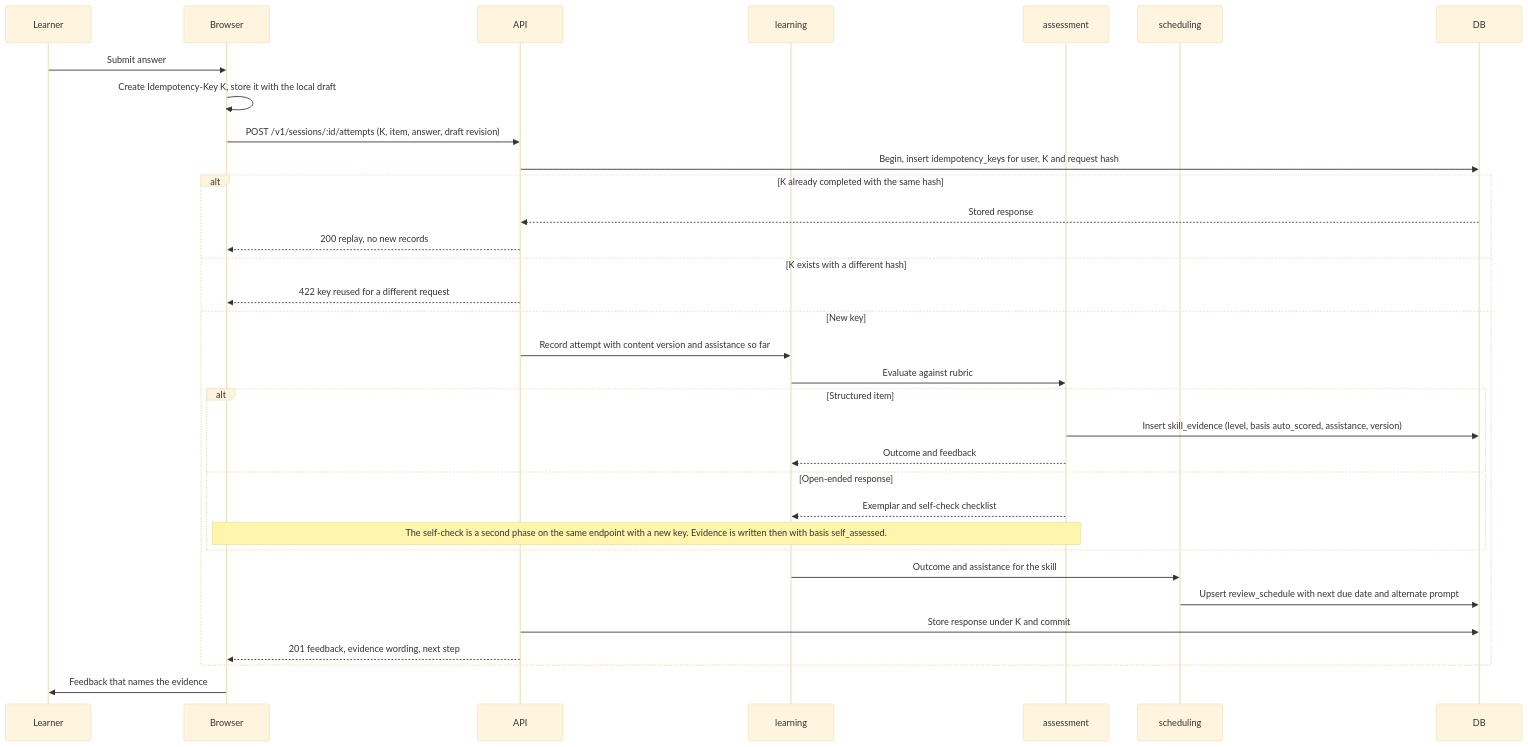
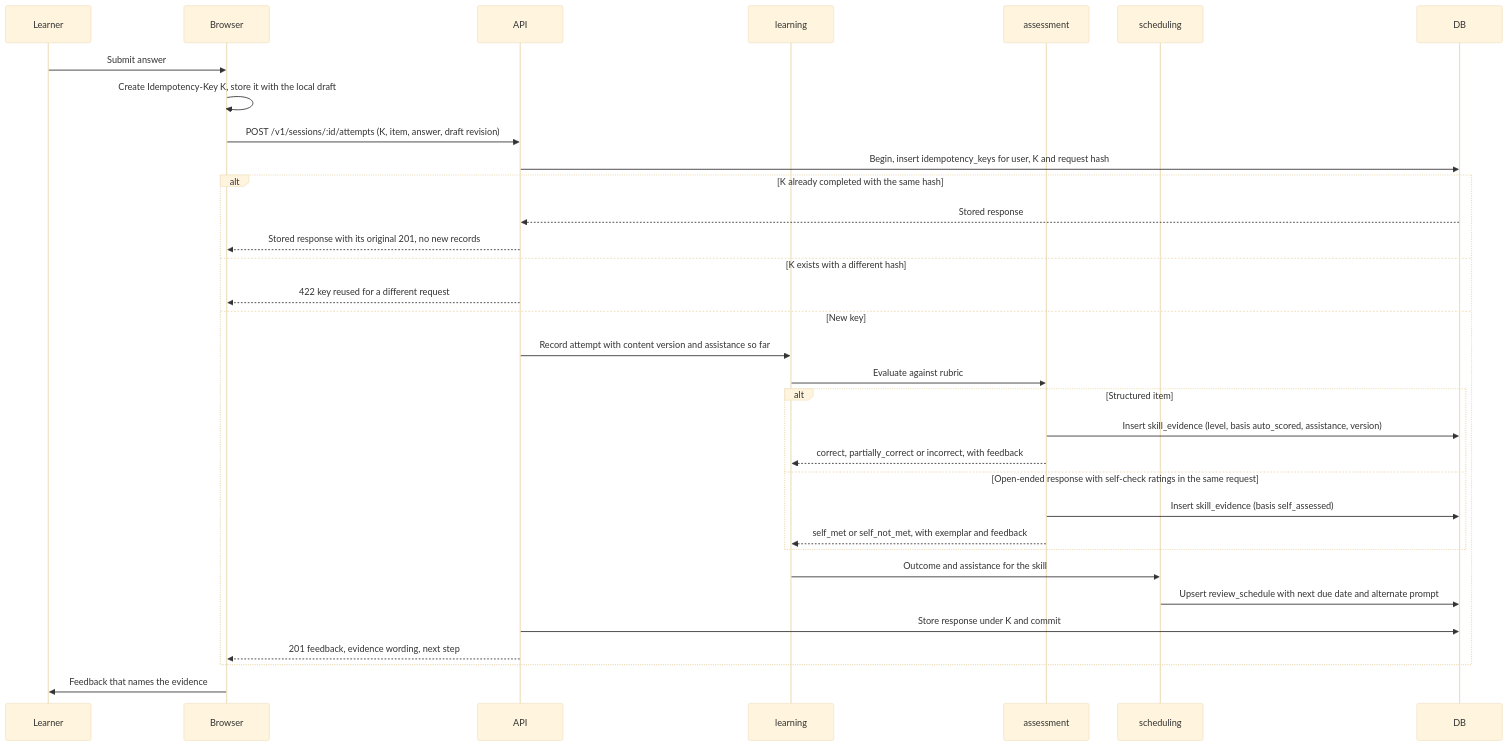
Before and after one commit to GhanshyamSoni68/app_idea: the eighth of 19 diagrams in devstep/docs/03-key-flows.md, drawn with Mermaid (base theme). The commit also changed other lines of this file and 8 other files, not shown here.

````diff
--- a/devstep/docs/03-key-flows.md
+++ b/devstep/docs/03-key-flows.md
@@ -476,35 +489,35 @@
 ```mermaid
 sequenceDiagram
     participant L as Learner
     participant B as Browser
     participant API
     participant LRN as learning
     participant ASM as assessment
     participant SCH as scheduling
     participant DB
     L->>B: Submit answer
     B->>B: Create Idempotency-Key K, store it with the local draft
     B->>API: POST /v1/sessions/:id/attempts (K, item, answer, draft revision)
     API->>DB: Begin, insert idempotency_keys for user, K and request hash
     alt K already completed with the same hash
         DB-->>API: Stored response
-        API-->>B: 200 replay, no new records
+        API-->>B: Stored response with its original 201, no new records
     else K exists with a different hash
         API-->>B: 422 key reused for a different request
     else New key
         API->>LRN: Record attempt with content version and assistance so far
         LRN->>ASM: Evaluate against rubric
         alt Structured item
             ASM->>DB: Insert skill_evidence (level, basis auto_scored, assistance, version)
-            ASM-->>LRN: Outcome and feedback
-        else Open-ended response
-            ASM-->>LRN: Exemplar and self-check checklist
-            Note over B,ASM: The self-check is a second phase on the same endpoint with a new key. Evidence is written then with basis self_assessed.
+            ASM-->>LRN: correct, partially_correct or incorrect, with feedback
+        else Open-ended response with self-check ratings in the same request
+            ASM->>DB: Insert skill_evidence (basis self_assessed)
+            ASM-->>LRN: self_met or self_not_met, with exemplar and feedback
         end
         LRN->>SCH: Outcome and assistance for the skill
         SCH->>DB: Upsert review_schedule with next due date and alternate prompt
         API->>DB: Store response under K and commit
         API-->>B: 201 feedback, evidence wording, next step
     end
     B->>L: Feedback that names the evidence
 ```
````
